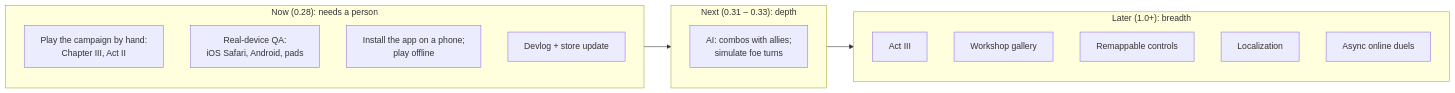
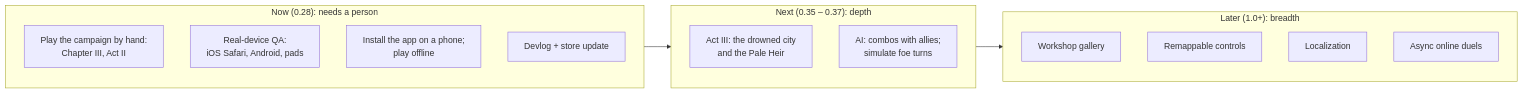
Before and after one commit to CptNope/Chess-RPG-Tactics: the second of 4 diagrams in docs/ROADMAP.md, drawn with Mermaid. The commit also changed other lines of this file and 40 other files, not shown here.

First line of the commit message:
0.34.0: Act III begins — sail to the Far Shore

````diff
--- a/docs/ROADMAP.md
+++ b/docs/ROADMAP.md
@@ -97,23 +99,23 @@
 ```mermaid
 flowchart LR
     subgraph NOW["Now (0.28): needs a person"]
         direction TB
         N1["Play the campaign by hand:<br/>Chapter III, Act II"]
         N2["Real-device QA:<br/>iOS Safari, Android, pads"]
         N3["Install the app on a phone;<br/>play offline"]
         N4["Devlog + store update"]
     end
-    subgraph NEXT["Next (0.31 – 0.33): depth"]
+    subgraph NEXT["Next (0.35 – 0.37): depth"]
         direction TB
+        X0["Act III: the drowned city<br/>and the Pale Heir"]
         X1["AI: combos with allies;<br/>simulate foe turns"]
     end
     subgraph LATER["Later (1.0+): breadth"]
         direction TB
-        L1["Act III"]
         L4["Workshop gallery"]
         L5["Remappable controls"]
         L6["Localization"]
         L7["Async online duels"]
     end
     NOW --> NEXT --> LATER
 ```
````
